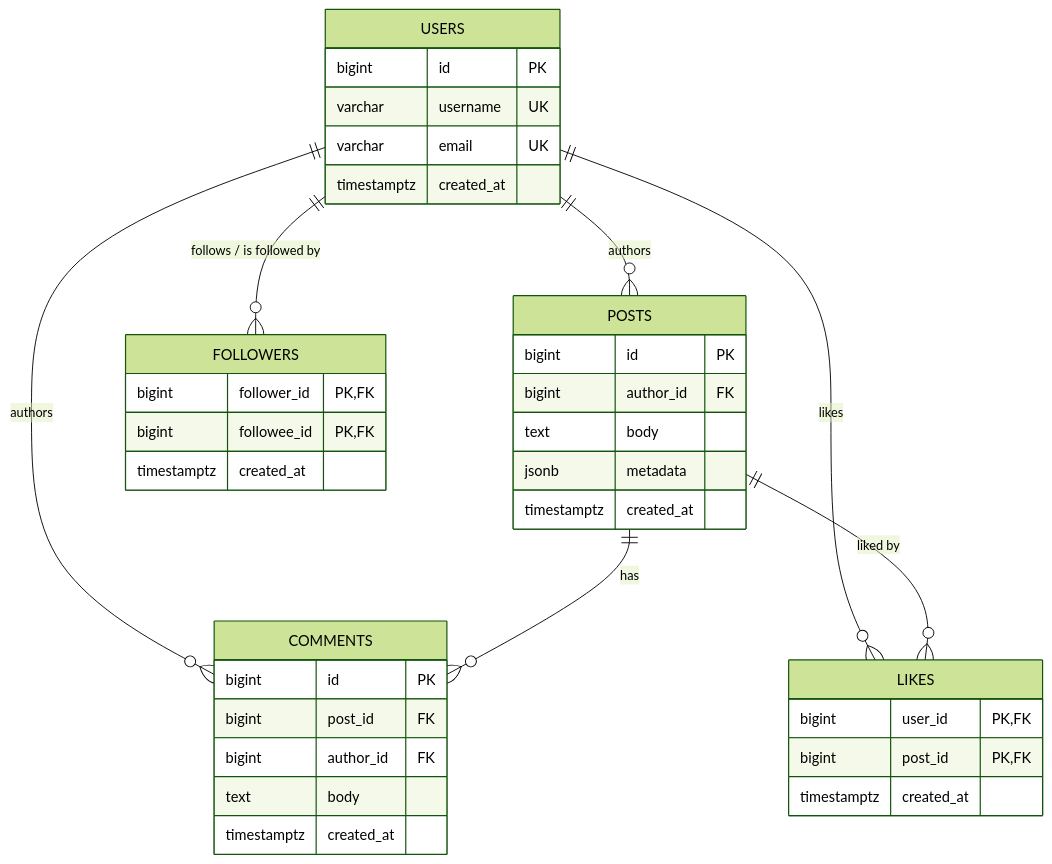
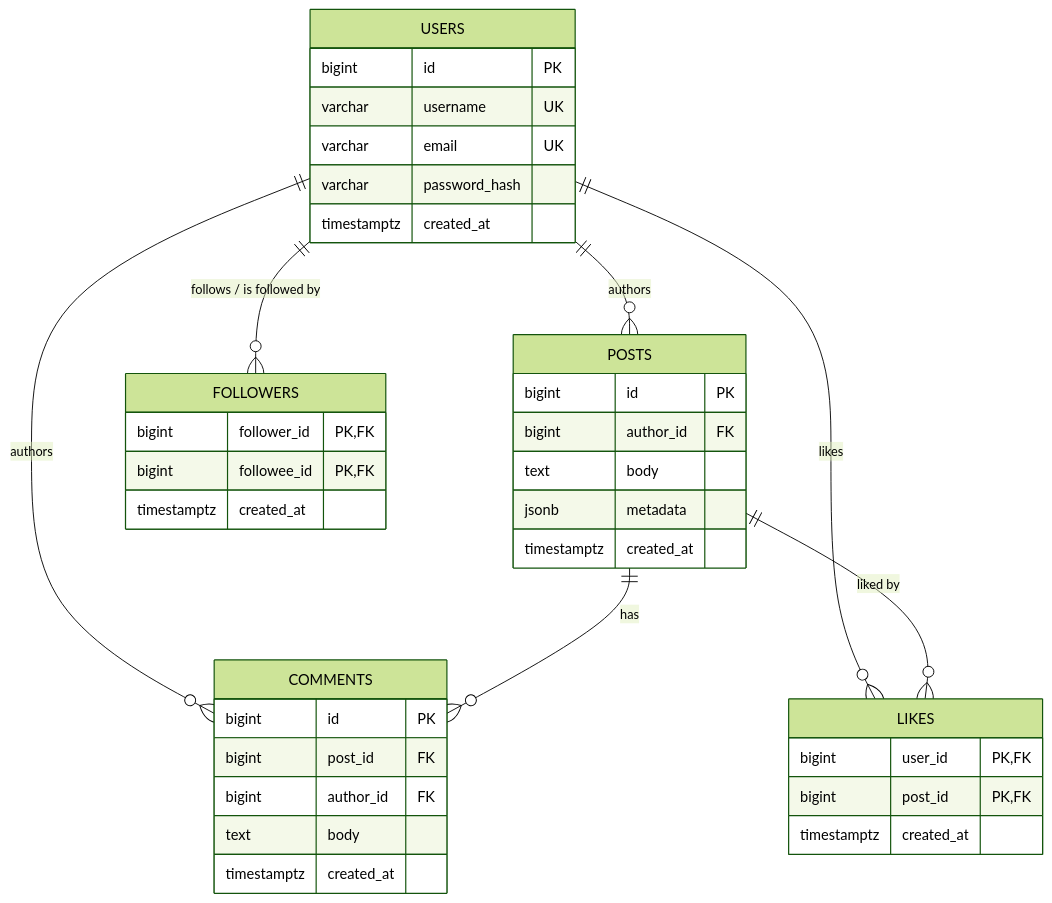
Before and after one commit to Ndaziramiyep/AmaliTech_Python_Backend_Labs: the diagram in Database_Fundamentals/Social_Media_Lab/README.md, drawn with Mermaid (forest theme). The commit also changed other lines of this file and 16 other files, not shown here.

````diff
--- a/Database_Fundamentals/Social_Media_Lab/README.md
+++ b/Database_Fundamentals/Social_Media_Lab/README.md
@@ -33,44 +33,45 @@
 ```mermaid
 erDiagram
     USERS ||--o{ POSTS : authors
     USERS ||--o{ COMMENTS : authors
     POSTS ||--o{ COMMENTS : has
     USERS ||--o{ FOLLOWERS : "follows / is followed by"
     USERS ||--o{ LIKES : likes
     POSTS ||--o{ LIKES : "liked by"
 
     USERS {
         bigint id PK
         varchar username UK
         varchar email UK
+        varchar password_hash
         timestamptz created_at
     }
 
     POSTS {
         bigint id PK
         bigint author_id FK
         text body
         jsonb metadata
         timestamptz created_at
     }
 
     COMMENTS {
         bigint id PK
         bigint post_id FK
         bigint author_id FK
         text body
         timestamptz created_at
     }
 
     FOLLOWERS {
         bigint follower_id PK,FK
         bigint followee_id PK,FK
         timestamptz created_at
     }
 
     LIKES {
         bigint user_id PK,FK
         bigint post_id PK,FK
         timestamptz created_at
     }
 ```
````
